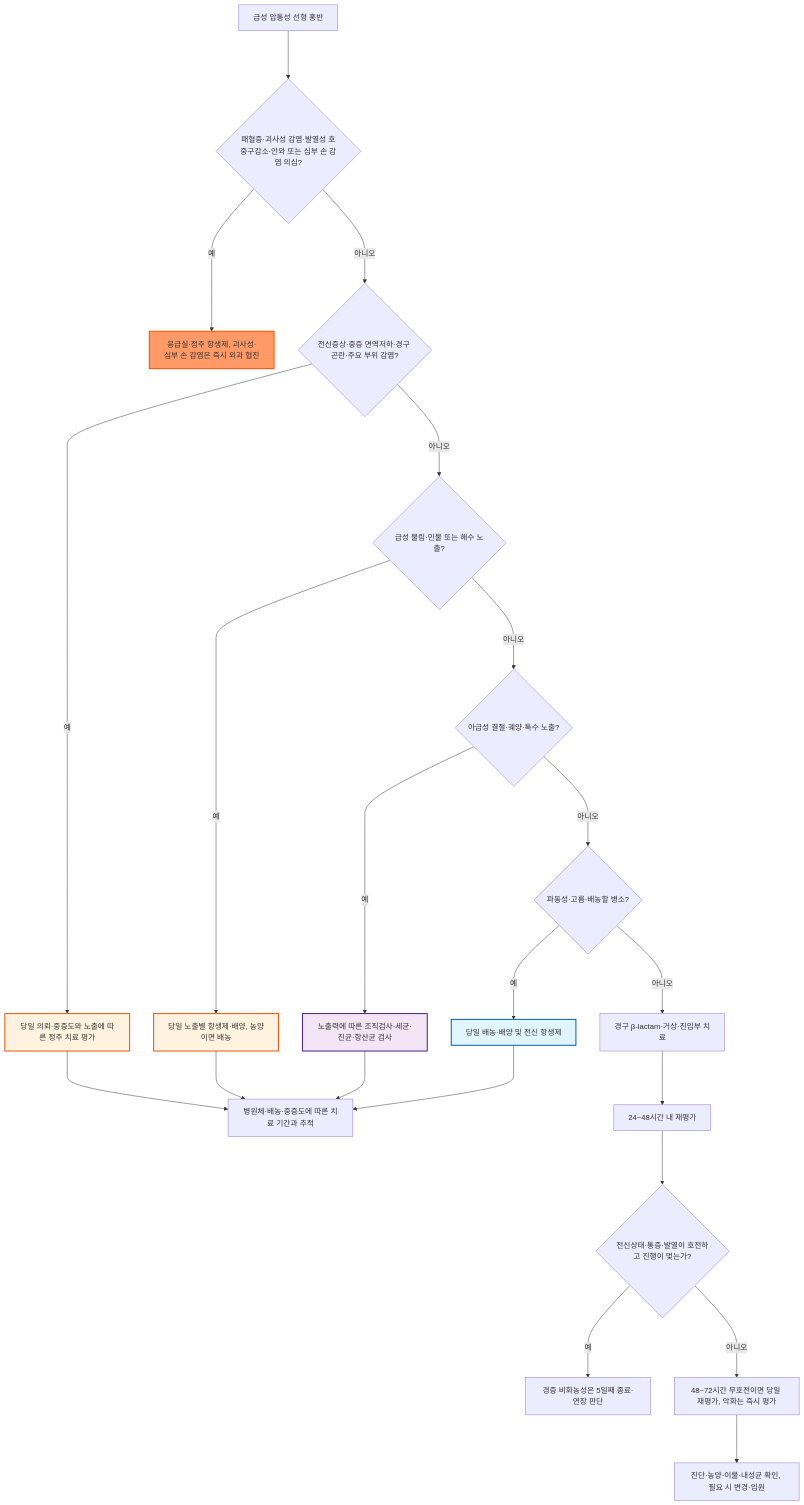
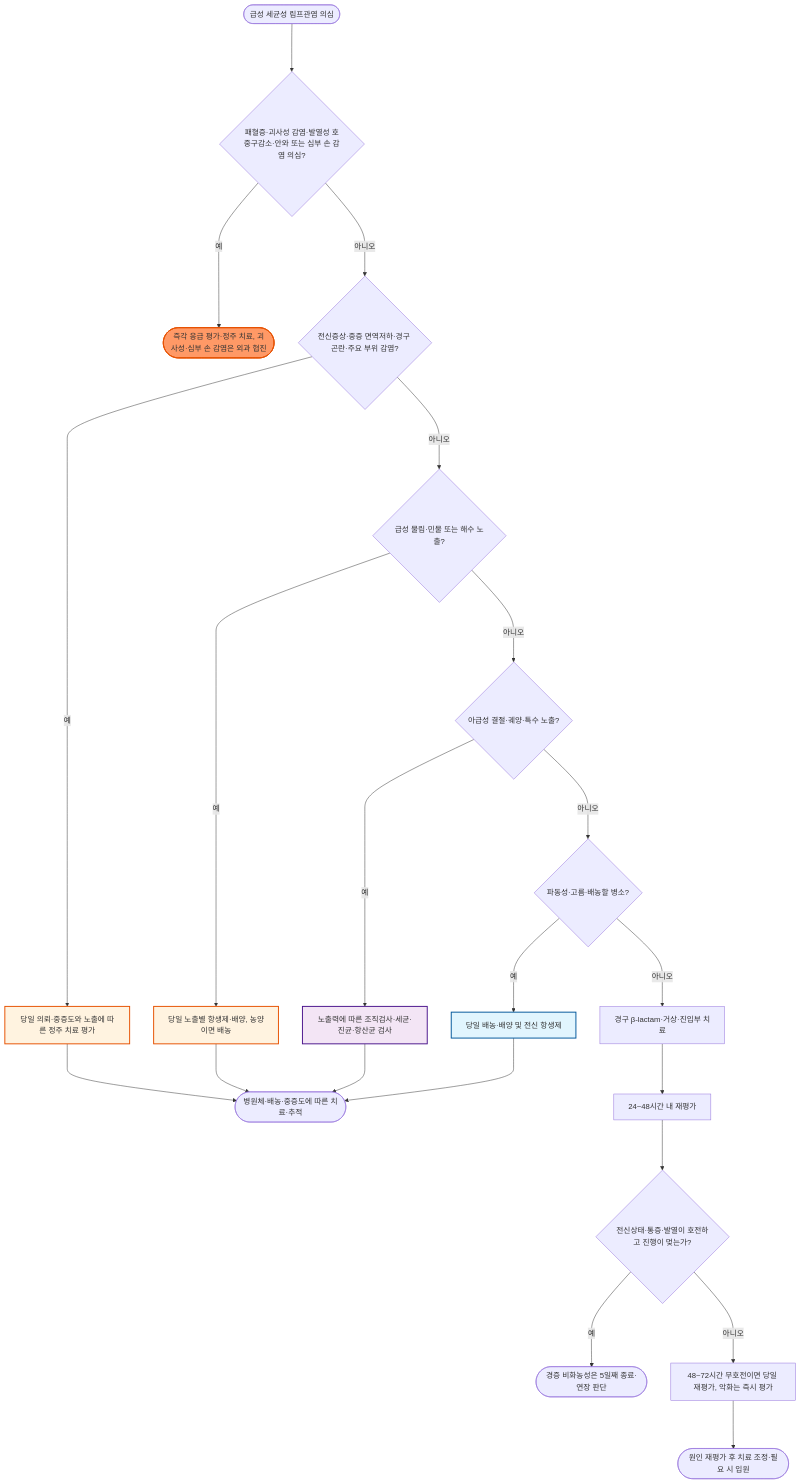
One commit to familyoh77/familyoh77 changed the diagram in 230_/201_-lymphangitis.md. Above: the diagram before and after it, drawn with Mermaid. The commit also changed other lines of this file and 16 other files, not shown here.

````diff
--- a/230_/201_-lymphangitis.md
+++ b/230_/201_-lymphangitis.md
@@ -110,28 +110,28 @@
 ```mermaid
 flowchart TD
-    A["급성 압통성 선형 홍반"] ---> B{"패혈증·괴사성 감염·발열성 호중구감소·안와 또는 심부 손 감염 의심?"}
-    B --->|예| C["응급실·정주 항생제, 괴사성·심부 손 감염은 즉시 외과 협진"]
+    A(["급성 세균성 림프관염 의심"]) ---> B{"패혈증·괴사성 감염·발열성 호중구감소·안와 또는 심부 손 감염 의심?"}
+    B --->|예| C(["즉각 응급 평가·정주 치료, 괴사성·심부 손 감염은 외과 협진"])
     B --->|아니오| H{"전신증상·중증 면역저하·경구 곤란·주요 부위 감염?"}
     H --->|예| I["당일 의뢰·중증도와 노출에 따른 정주 치료 평가"]
     H --->|아니오| X{"급성 물림·민물 또는 해수 노출?"}
     X --->|예| Y["당일 노출별 항생제·배양, 농양이면 배농"]
     X --->|아니오| F{"아급성 결절·궤양·특수 노출?"}
     F --->|예| G["노출력에 따른 조직검사·세균·진균·항산균 검사"]
     F --->|아니오| D{"파동성·고름·배농할 병소?"}
     D --->|예| E["당일 배농·배양 및 전신 항생제"]
     D --->|아니오| J["경구 β-lactam·거상·진입부 치료"]
     J ---> K["24~48시간 내 재평가"]
-    E ---> Q["병원체·배농·중증도에 따른 치료 기간과 추적"]
+    E ---> Q(["병원체·배농·중증도에 따른 치료·추적"])
     G ---> Q
     I ---> Q
     Y ---> Q
     K ---> L{"전신상태·통증·발열이 호전하고 진행이 멎는가?"}
-    L --->|예| M["경증 비화농성은 5일째 종료·연장 판단"]
+    L --->|예| M(["경증 비화농성은 5일째 종료·연장 판단"])
     L --->|아니오| N["48~72시간 무호전이면 당일 재평가, 악화는 즉시 평가"]
-    N ---> O["진단·농양·이물·내성균 확인, 필요 시 변경·입원"]
+    N ---> O(["원인 재평가 후 치료 조정·필요 시 입원"])
     style C fill:#f96,stroke:#e65100,stroke-width:2px
     style E fill:#e1f5fe,stroke:#01579b,stroke-width:2px
     style G fill:#f3e5f5,stroke:#4a148c,stroke-width:2px
     style I fill:#fff3e0,stroke:#e65100,stroke-width:2px
     style Y fill:#fff3e0,stroke:#e65100,stroke-width:2px
 ```
````
